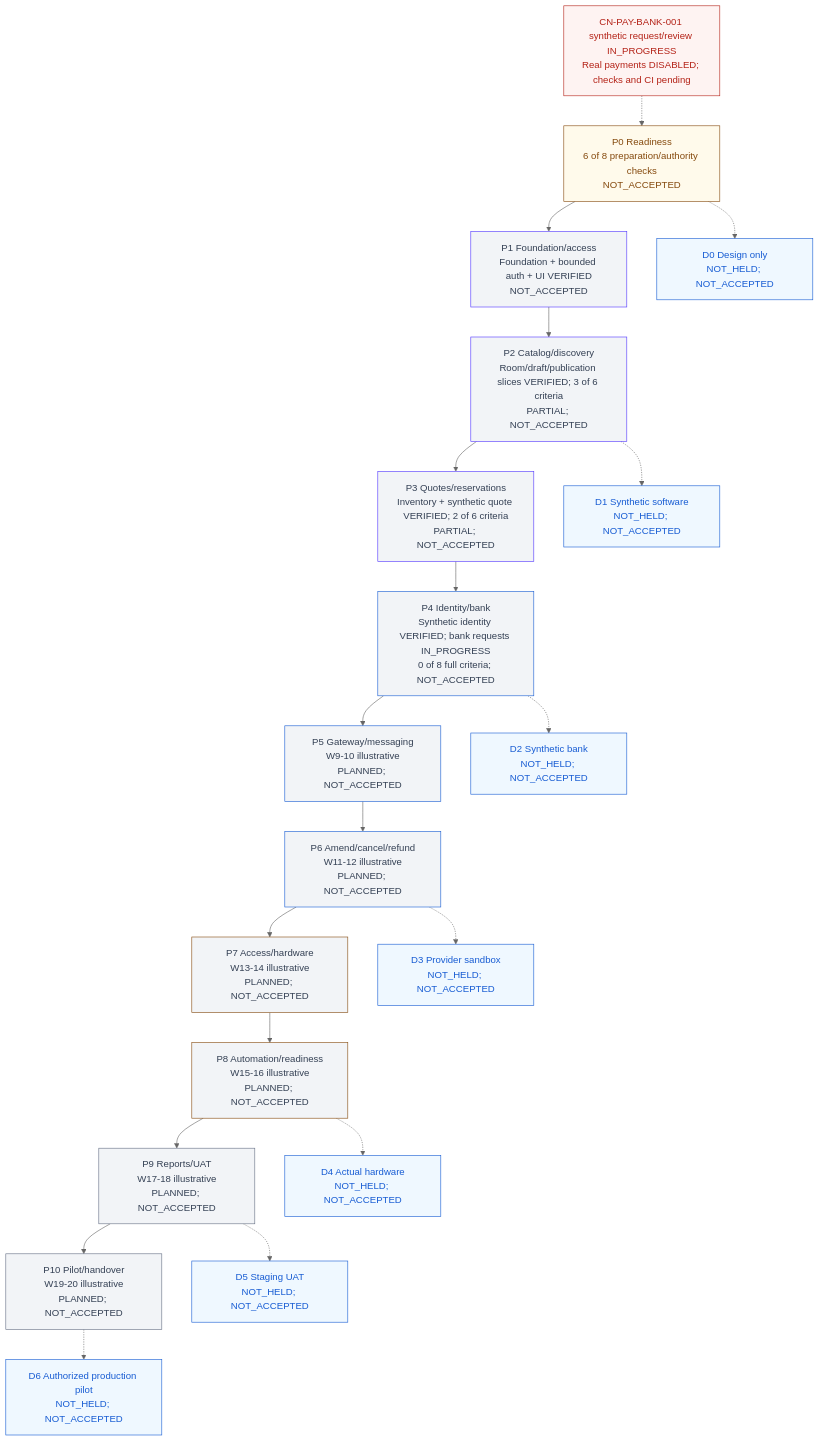
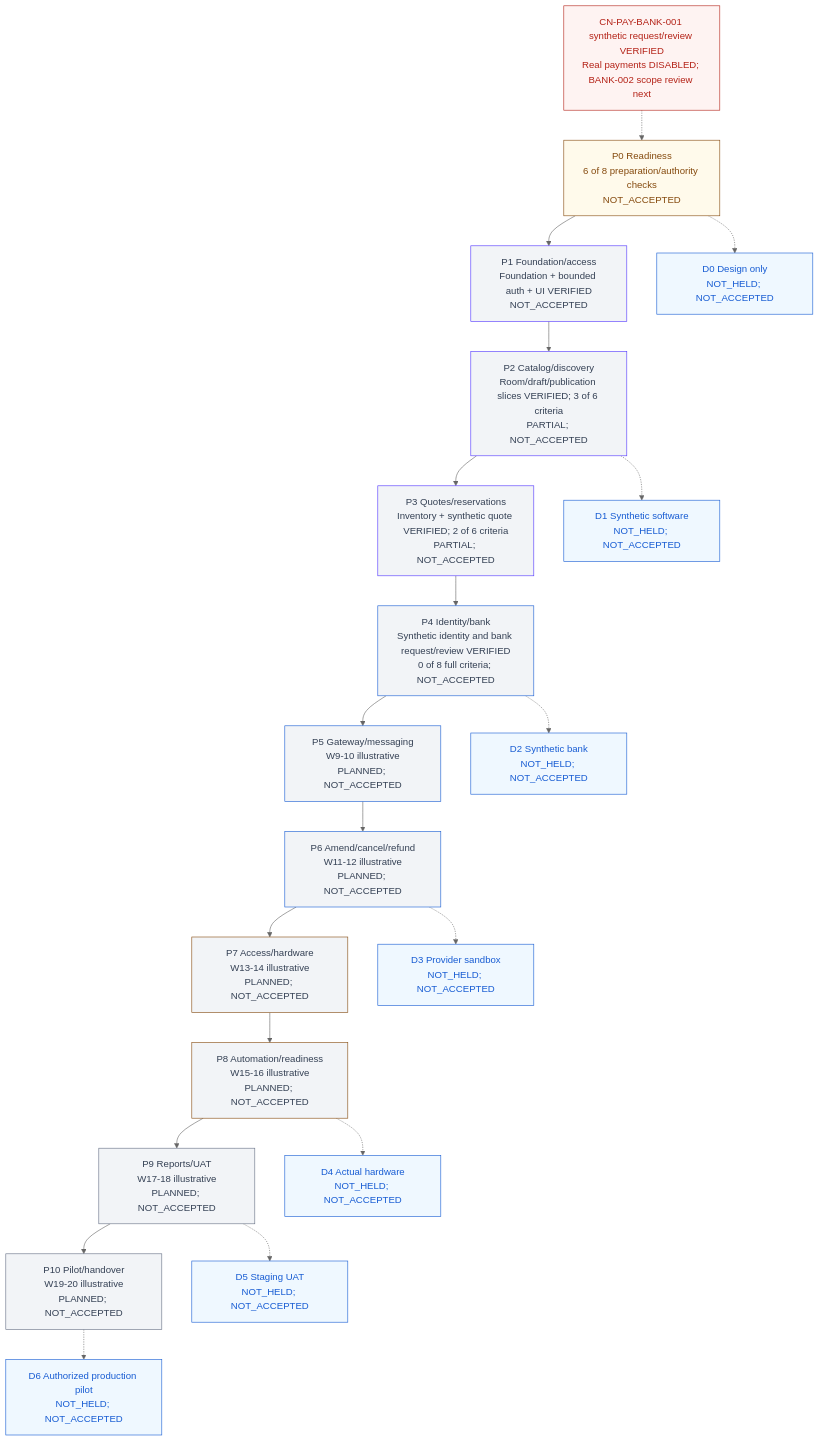
Before and after one commit to Hasitha3513/Theater-Project: the diagram in knowledge/PROGRESS.md, drawn with Mermaid (neutral theme). The commit also changed other lines of this file and 5 other files, not shown here.

Commit message:
docs(payments): record verified synthetic bank review closure

````diff
--- a/knowledge/PROGRESS.md
+++ b/knowledge/PROGRESS.md
@@ -307,45 +307,45 @@
 ```mermaid
 flowchart TB
-  G["CN-PAY-BANK-001 synthetic request/review IN_PROGRESS<br/>Real payments DISABLED; checks and CI pending"]
+  G["CN-PAY-BANK-001 synthetic request/review VERIFIED<br/>Real payments DISABLED; BANK-002 scope review next"]
   P0["P0 Readiness<br/>6 of 8 preparation/authority checks<br/>NOT_ACCEPTED"]
   P1["P1 Foundation/access<br/>Foundation + bounded auth + UI VERIFIED<br/>NOT_ACCEPTED"]
   P2["P2 Catalog/discovery<br/>Room/draft/publication slices VERIFIED; 3 of 6 criteria<br/>PARTIAL; NOT_ACCEPTED"]
   P3["P3 Quotes/reservations<br/>Inventory + synthetic quote VERIFIED; 2 of 6 criteria<br/>PARTIAL; NOT_ACCEPTED"]
-  P4["P4 Identity/bank<br/>Synthetic identity VERIFIED; bank requests IN_PROGRESS<br/>0 of 8 full criteria; NOT_ACCEPTED"]
+  P4["P4 Identity/bank<br/>Synthetic identity and bank request/review VERIFIED<br/>0 of 8 full criteria; NOT_ACCEPTED"]
   P5["P5 Gateway/messaging<br/>W9-10 illustrative<br/>PLANNED; NOT_ACCEPTED"]
   P6["P6 Amend/cancel/refund<br/>W11-12 illustrative<br/>PLANNED; NOT_ACCEPTED"]
   P7["P7 Access/hardware<br/>W13-14 illustrative<br/>PLANNED; NOT_ACCEPTED"]
   P8["P8 Automation/readiness<br/>W15-16 illustrative<br/>PLANNED; NOT_ACCEPTED"]
   P9["P9 Reports/UAT<br/>W17-18 illustrative<br/>PLANNED; NOT_ACCEPTED"]
   P10["P10 Pilot/handover<br/>W19-20 illustrative<br/>PLANNED; NOT_ACCEPTED"]
   G -.-> P0
   P0 --> P1 --> P2 --> P3 --> P4 --> P5 --> P6 --> P7 --> P8 --> P9 --> P10
   D0["D0 Design only<br/>NOT_HELD; NOT_ACCEPTED"]
   D1["D1 Synthetic software<br/>NOT_HELD; NOT_ACCEPTED"]
   D2["D2 Synthetic bank<br/>NOT_HELD; NOT_ACCEPTED"]
   D3["D3 Provider sandbox<br/>NOT_HELD; NOT_ACCEPTED"]
   D4["D4 Actual hardware<br/>NOT_HELD; NOT_ACCEPTED"]
   D5["D5 Staging UAT<br/>NOT_HELD; NOT_ACCEPTED"]
   D6["D6 Authorized production pilot<br/>NOT_HELD; NOT_ACCEPTED"]
   P0 -.-> D0
   P2 -.-> D1
   P4 -.-> D2
   P6 -.-> D3
   P8 -.-> D4
   P9 -.-> D5
   P10 -.-> D6
   classDef readiness fill:#FFFAEB,color:#854A0E,stroke:#854A0E;
   classDef foundation fill:#F2F4F7,color:#344054,stroke:#5135FF;
   classDef financial fill:#F2F4F7,color:#344054,stroke:#175CD3;
   classDef physical fill:#F2F4F7,color:#344054,stroke:#854A0E;
   classDef release fill:#F2F4F7,color:#344054,stroke:#667085;
   classDef blocked fill:#FEF3F2,color:#B42318,stroke:#B42318;
   classDef demo fill:#EFF8FF,color:#175CD3,stroke:#175CD3;
   class P0 readiness;
   class P1,P2,P3 foundation;
   class P4,P5,P6 financial;
   class P7,P8 physical;
   class P9,P10 release;
   class G blocked;
   class D0,D1,D2,D3,D4,D5,D6 demo;
 ```
````
